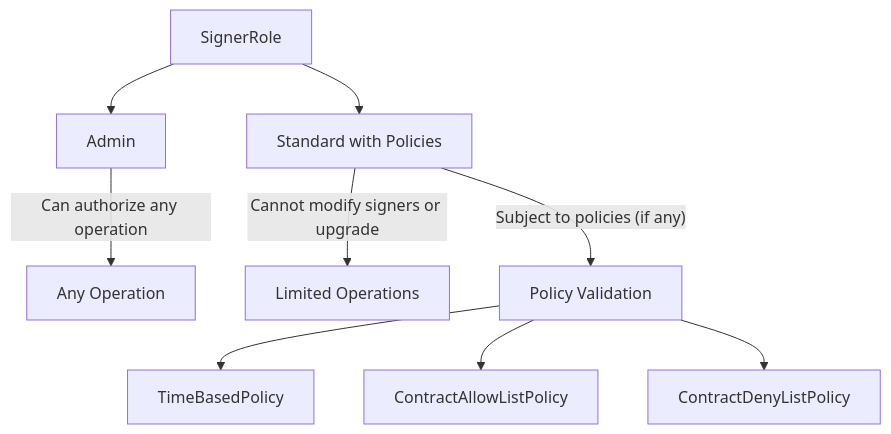
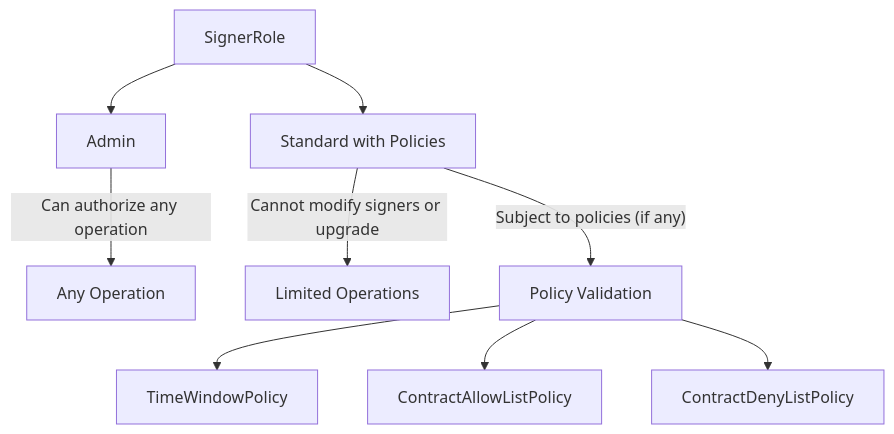
Before and after one commit to Crossmint/stellar-smart-account: the second of 5 diagrams in contracts/smart-account/README.md, drawn with Mermaid. The commit also changed other lines of this file and 18 other files, not shown here.

````diff
--- a/contracts/smart-account/README.md
+++ b/contracts/smart-account/README.md
@@ -263,13 +265,13 @@
 ```mermaid
 graph TD
     SR[SignerRole] --> Admin[Admin]
     SR --> Standard[Standard with Policies]
     
     Admin --> |"Can authorize any operation"| AnyOp[Any Operation]
     Standard --> |"Cannot modify signers or upgrade"| LimitedOp[Limited Operations]
     Standard --> |"Subject to policies (if any)"| PolicyCheck[Policy Validation]
     
-    PolicyCheck --> TB[TimeBasedPolicy]
+    PolicyCheck --> TB[TimeWindowPolicy]
     PolicyCheck --> AL[ContractAllowListPolicy]
     PolicyCheck --> DL[ContractDenyListPolicy]
 ```
````
